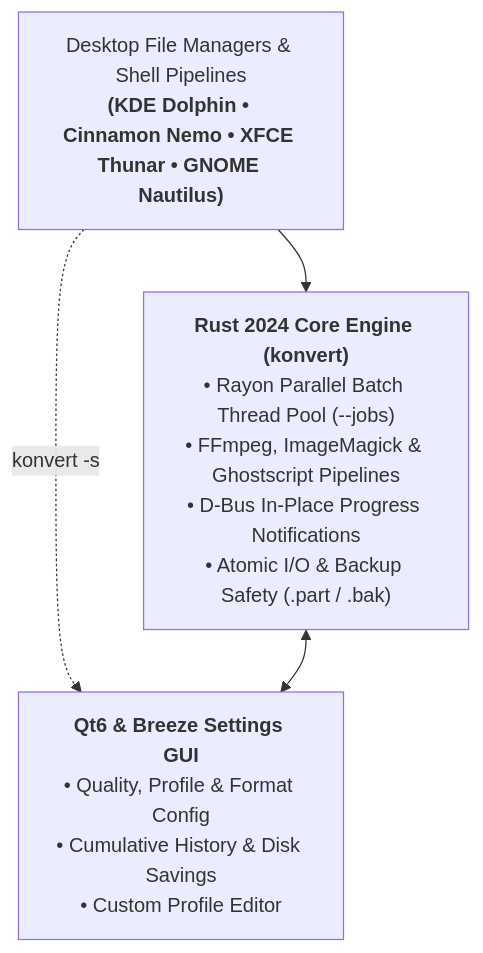
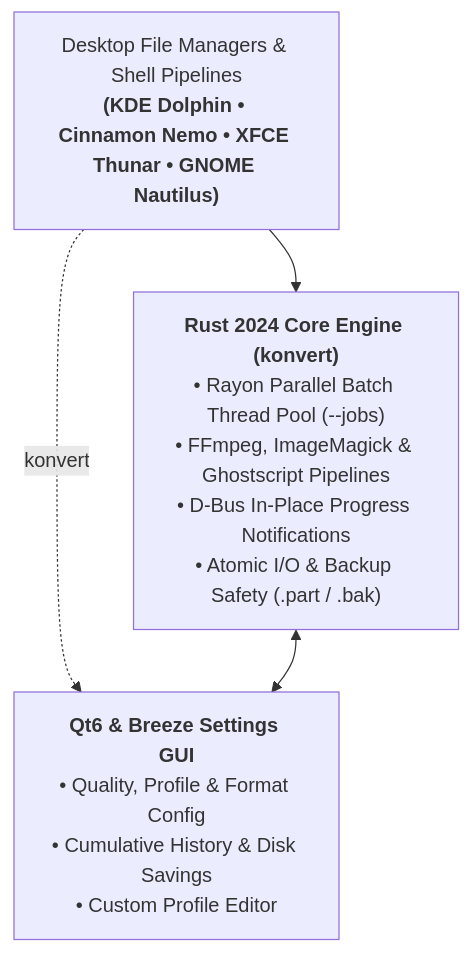
One commit to enesehs/konvert changed the diagram in README.md. Above: the diagram before and after it, drawn with Mermaid. The commit also changed other lines of this file and 16 other files, not shown here.

````diff
--- a/README.md
+++ b/README.md
@@ -306,6 +338,6 @@
 ```mermaid
 flowchart TD
     FM["Desktop File Managers & Shell Pipelines<br><b>(KDE Dolphin • Cinnamon Nemo • XFCE Thunar • GNOME Nautilus)</b>"] --> CORE["<b>Rust 2024 Core Engine (konvert)</b><br>• Rayon Parallel Batch Thread Pool (--jobs)<br>• FFmpeg, ImageMagick & Ghostscript Pipelines<br>• D-Bus In-Place Progress Notifications<br>• Atomic I/O & Backup Safety (.part / .bak)"]
-    FM -.->|"konvert -s"| GUI["<b>Qt6 & Breeze Settings GUI</b><br>• Quality, Profile & Format Config<br>• Cumulative History & Disk Savings<br>• Custom Profile Editor"]
+    FM -.->|"konvert"| GUI["<b>Qt6 & Breeze Settings GUI</b><br>• Quality, Profile & Format Config<br>• Cumulative History & Disk Savings<br>• Custom Profile Editor"]
     CORE <--> GUI
 ```
````
